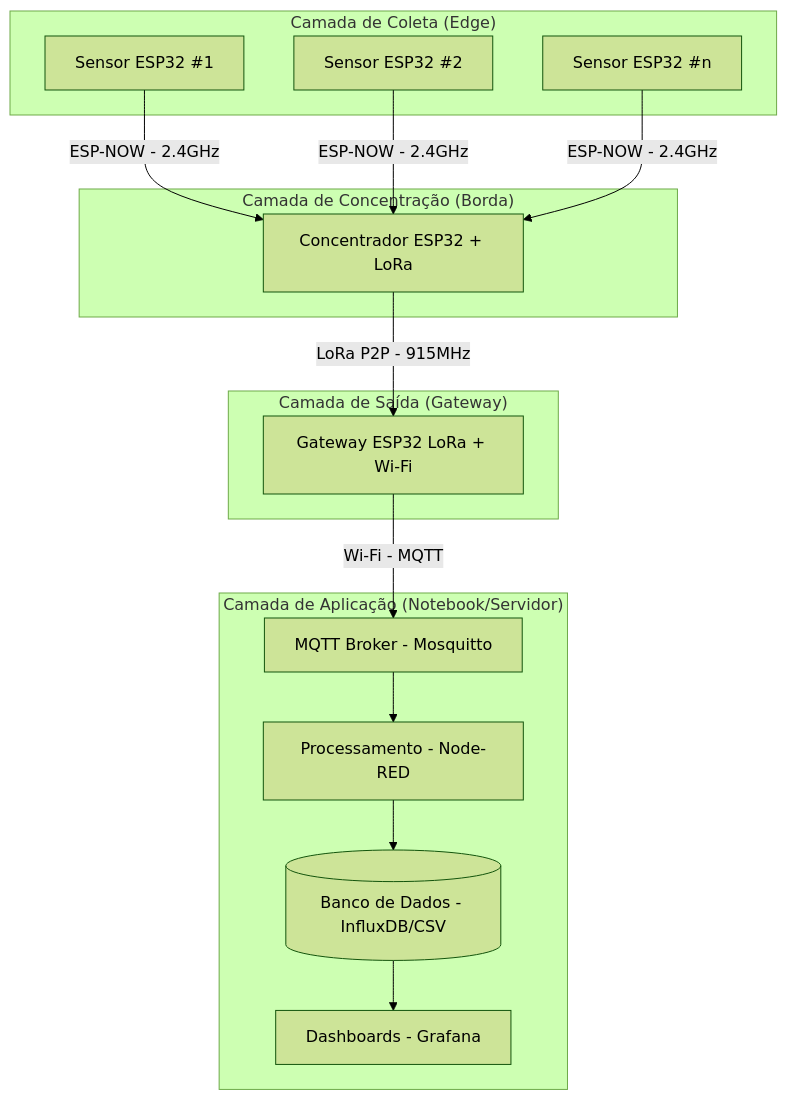
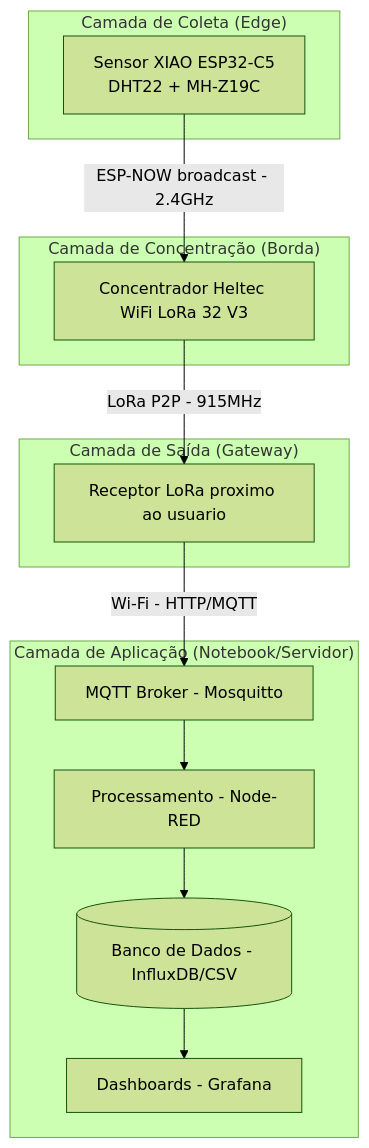
The diagram in Tests/Network/README.md (Semea-Tec/shitakiometer), drawn with Mermaid (forest theme) before and after one commit. The commit also changed other lines of this file and 3 other files, not shown here.

First line of the commit message:
Split sensor input device into XIAO ESP32-C5 + Heltec LoRa concentrator

````diff
--- a/Tests/Network/README.md
+++ b/Tests/Network/README.md
@@ -3,30 +3,28 @@
 ```mermaid
 graph TD
     subgraph "Camada de Coleta (Edge)"
-        S1[Sensor ESP32 #1]
-        S2[Sensor ESP32 #2]
-        SN[Sensor ESP32 #n]
+        S1[Sensor XIAO ESP32-C5<br/>DHT22 + MH-Z19C]
     end
 
     subgraph "Camada de Concentração (Borda)"
-        C[Concentrador ESP32 + LoRa]
+        C[Concentrador Heltec WiFi LoRa 32 V3]
     end
 
     subgraph "Camada de Saída (Gateway)"
-        G[Gateway ESP32 LoRa + Wi-Fi]
+        G[Receptor LoRa proximo ao usuario]
     end
 
     subgraph "Camada de Aplicação (Notebook/Servidor)"
         B[MQTT Broker - Mosquitto]
         NR[Processamento - Node-RED]
         DB[(Banco de Dados - InfluxDB/CSV)]
         V[Dashboards - Grafana]
     end
 
-    S1 & S2 & SN -- "ESP-NOW - 2.4GHz" --> C
+    S1 -- "ESP-NOW broadcast - 2.4GHz" --> C
     C -- "LoRa P2P - 915MHz" --> G
-    G -- "Wi-Fi - MQTT" --> B
+    G -- "Wi-Fi - HTTP/MQTT" --> B
     B --> NR
     NR --> DB
     DB --> V
 ```
````
